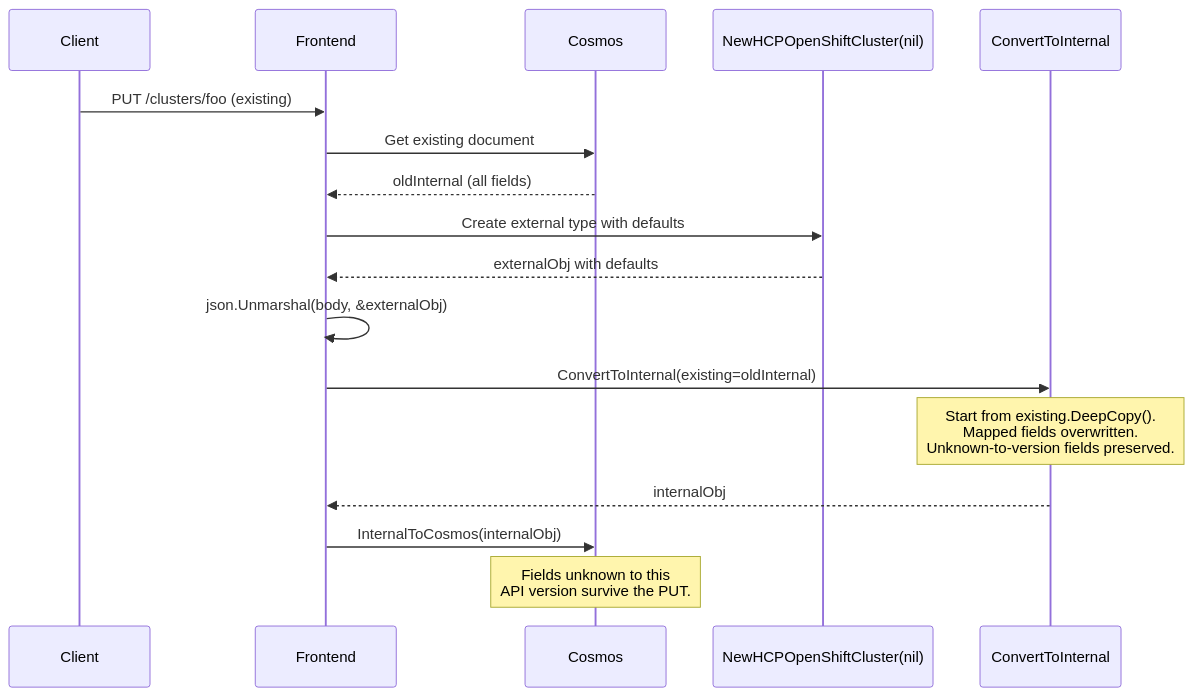
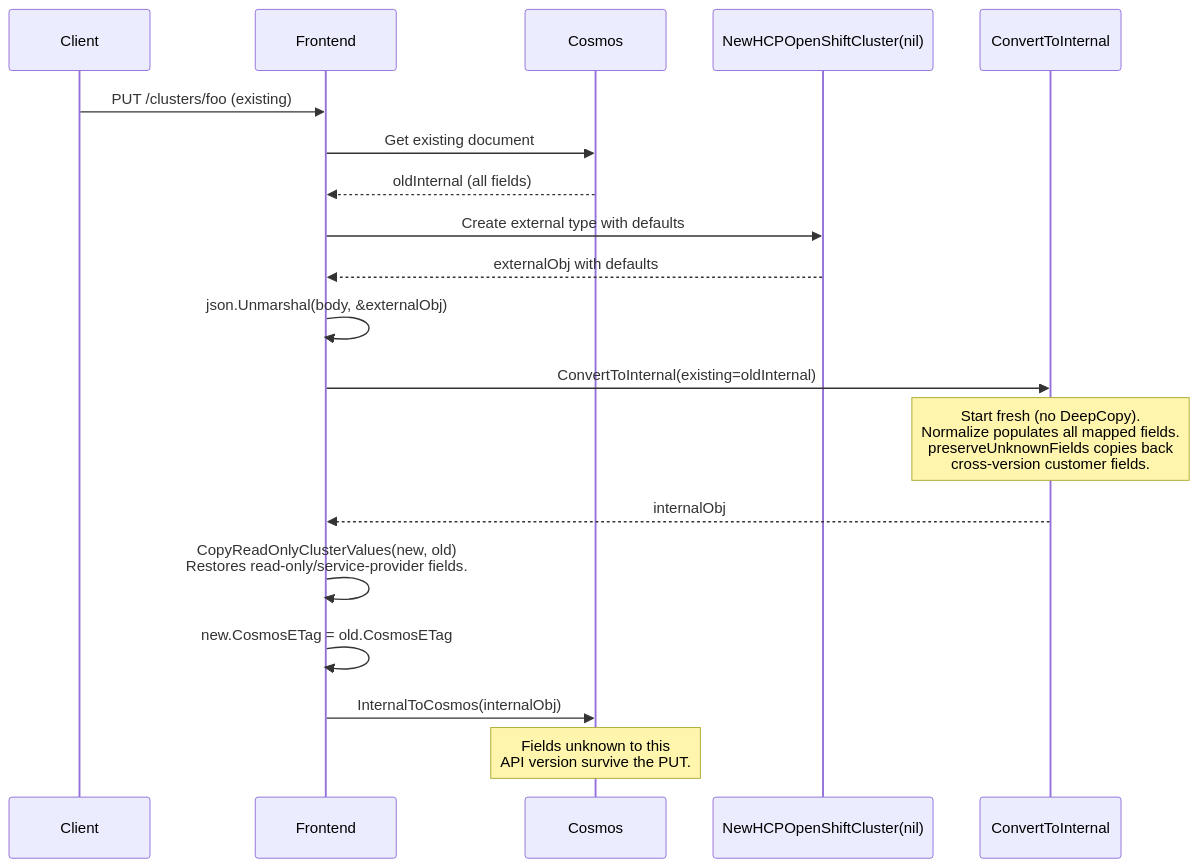
Before and after one commit to Azure/ARO-HCP: the second of 8 diagrams in docs/api-version-defaults-and-storage.md, drawn with Mermaid. The commit also changed other lines of this file and 10 other files, not shown here.

First line of the commit message:
api: flip ConvertToInternal to start-fresh with explicit copy-back

````diff
--- a/docs/api-version-defaults-and-storage.md
+++ b/docs/api-version-defaults-and-storage.md
@@ -67,20 +67,22 @@
 ```mermaid
 sequenceDiagram
     participant Client
     participant FE as Frontend
     participant Cosmos
     participant Ctor as NewHCPOpenShiftCluster(nil)
     participant CI as ConvertToInternal
 
     Client->>FE: PUT /clusters/foo (existing)
     FE->>Cosmos: Get existing document
     Cosmos-->>FE: oldInternal (all fields)
     FE->>Ctor: Create external type with defaults
     Ctor-->>FE: externalObj with defaults
     FE->>FE: json.Unmarshal(body, &externalObj)
     FE->>CI: ConvertToInternal(existing=oldInternal)
-    Note over CI: Start from existing.DeepCopy().<br/>Mapped fields overwritten.<br/>Unknown-to-version fields preserved.
+    Note over CI: Start fresh (no DeepCopy).<br/>Normalize populates all mapped fields.<br/>preserveUnknownFields copies back<br/>cross-version customer fields.
     CI-->>FE: internalObj
+    FE->>FE: CopyReadOnlyClusterValues(new, old)<br/>Restores read-only/service-provider fields.
+    FE->>FE: new.CosmosETag = old.CosmosETag
     FE->>Cosmos: InternalToCosmos(internalObj)
     Note over Cosmos: Fields unknown to this<br/>API version survive the PUT.
 ```
````
